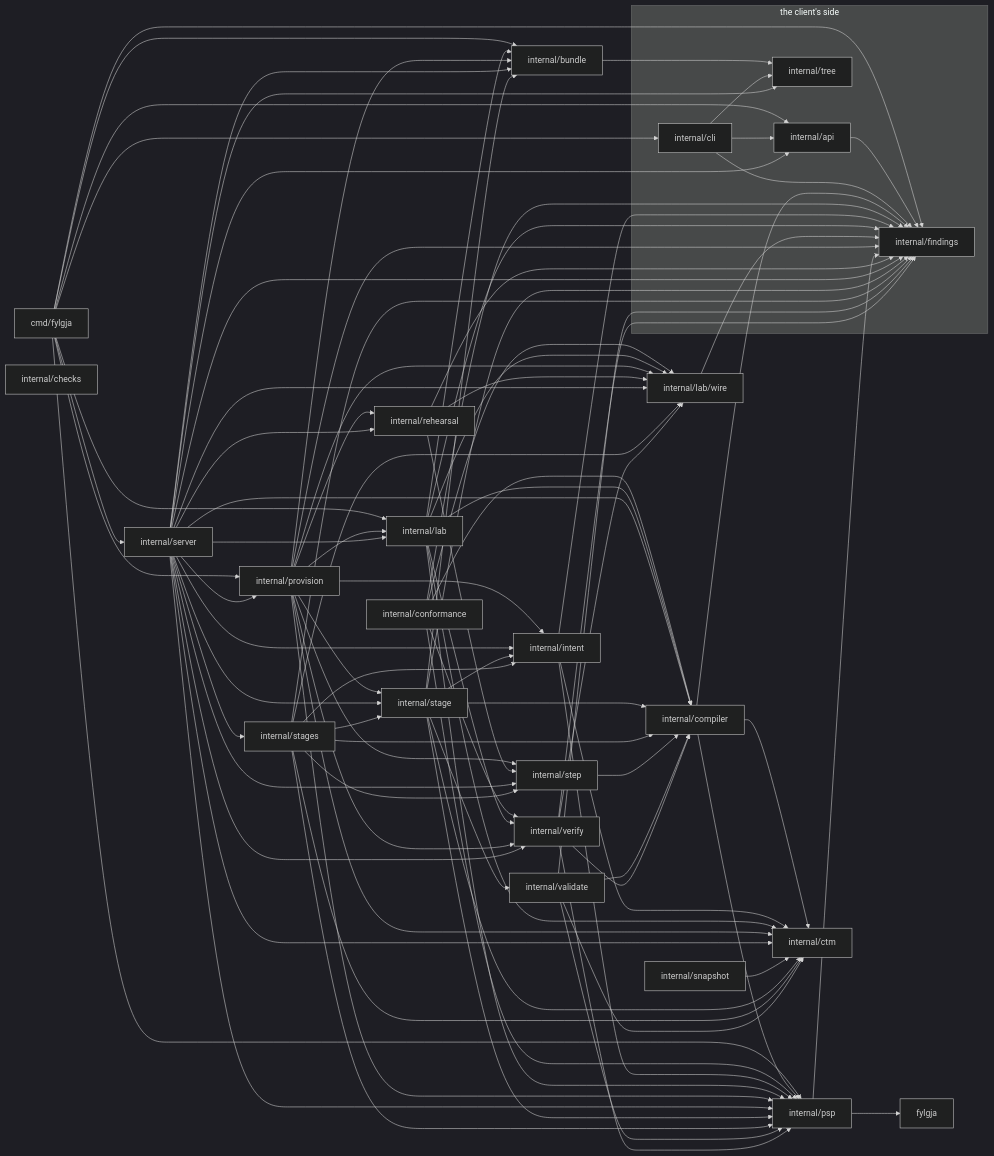
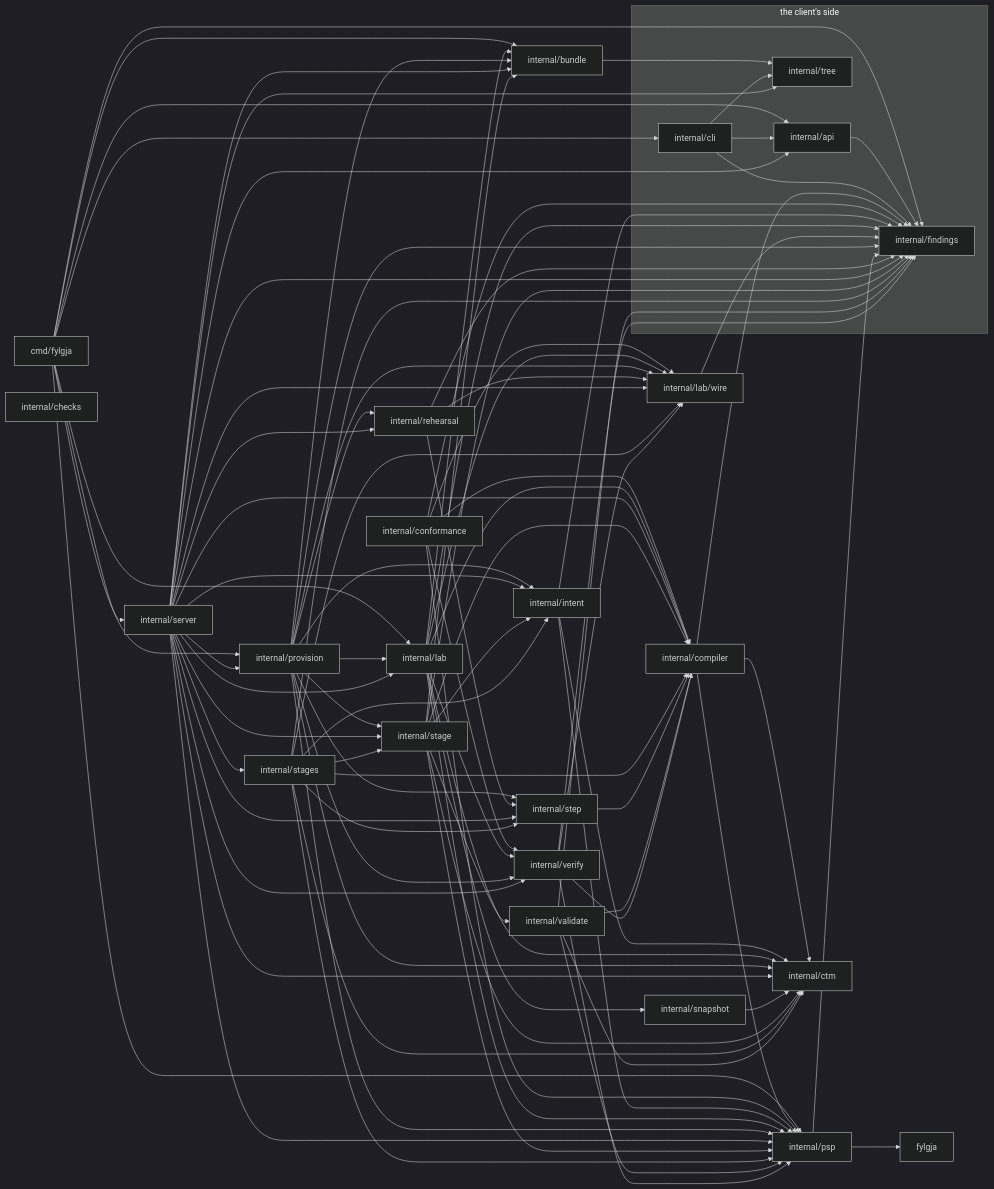
Before and after one commit to happypathnetworking/fylgja: the diagram in docs/development.md, drawn with Mermaid (dark theme). The commit also changed 11 other files, not shown here.

```diff
--- a/docs/development.md
+++ b/docs/development.md
@@ -471,6 +471,7 @@
     internal_lab --> internal_findings
     internal_lab --> internal_lab_wire
     internal_lab --> internal_psp
+    internal_lab --> internal_snapshot
     internal_lab --> internal_verify
     internal_lab_wire --> internal_findings
     internal_provision --> internal_bundle
```
